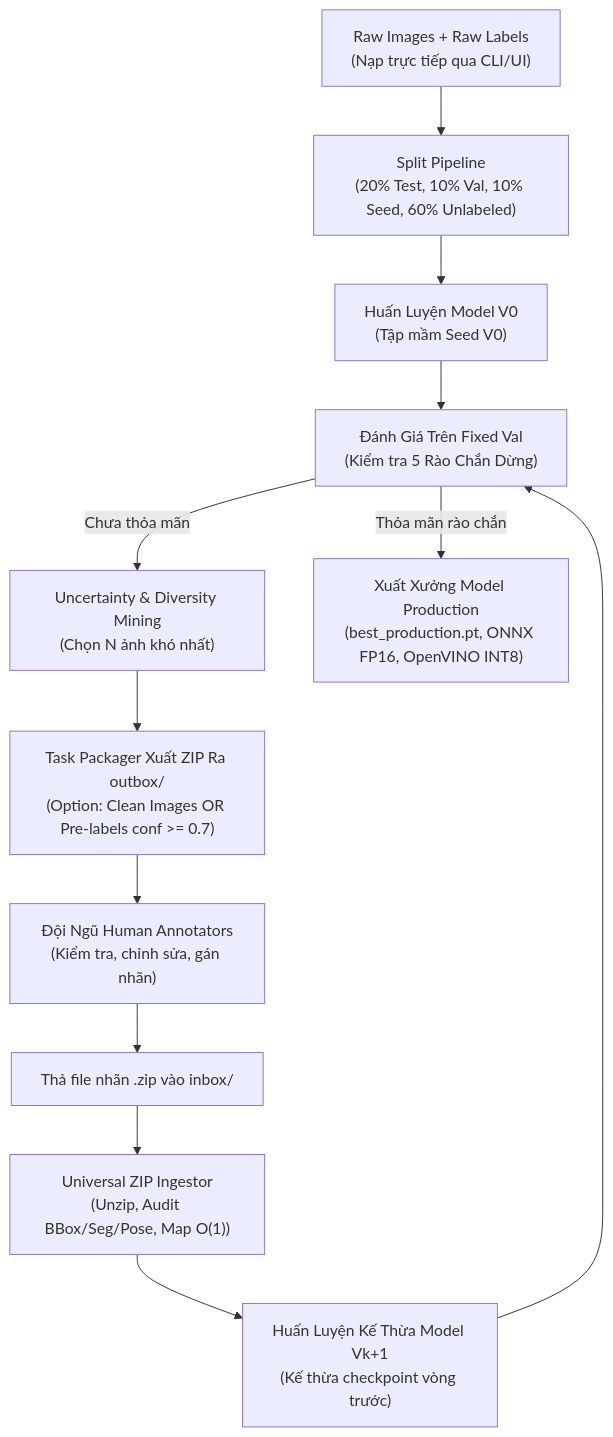
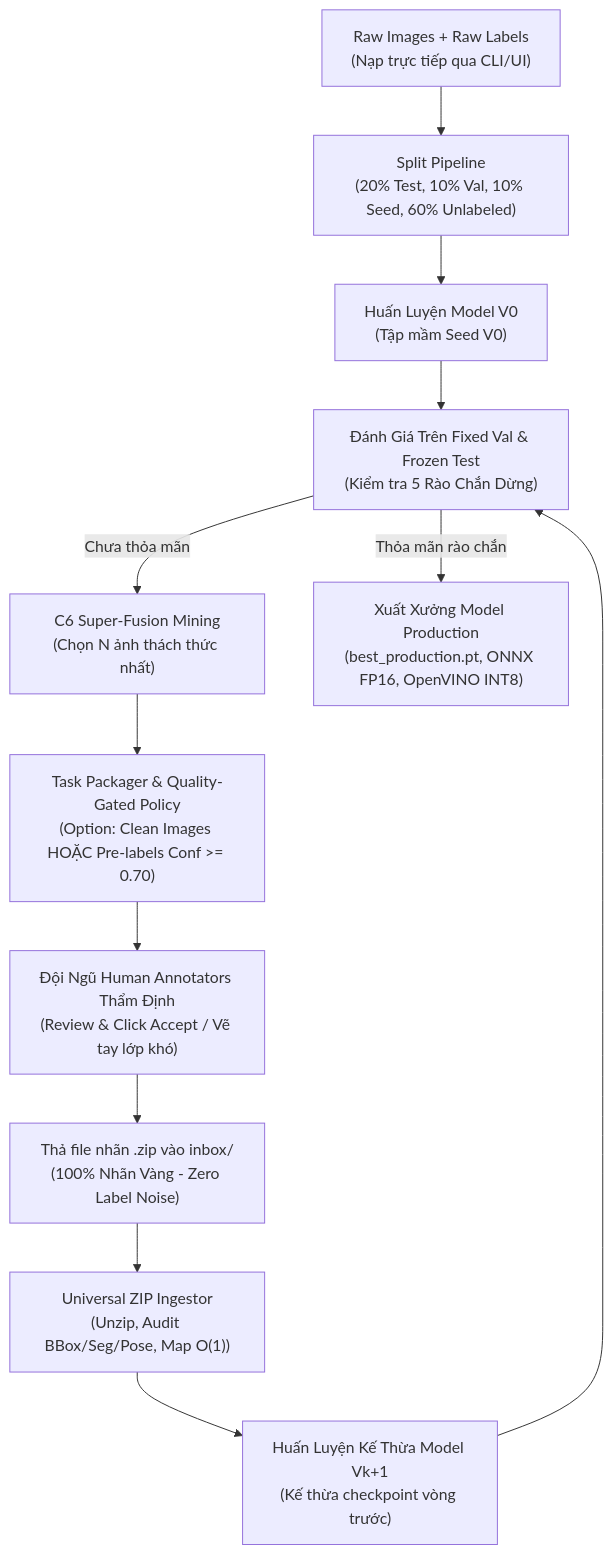
The diagram in notebooks/09_production_hitl_pipeline/README.md (nguyenhuynhdt37/autonomous-driving-active-learning-lab), drawn with Mermaid before and after one commit. The commit also changed 8 other files, not shown here.

Commit message:
docs: synchronize continuous active loop diagrams and quality-gated hitl policy across all markdown files

````diff
--- a/notebooks/09_production_hitl_pipeline/README.md
+++ b/notebooks/09_production_hitl_pipeline/README.md
@@ -122,14 +122,14 @@
 ```mermaid
 flowchart TD
     A["Raw Images + Raw Labels<br/>(Nạp trực tiếp qua CLI/UI)"] --> B["Split Pipeline<br/>(20% Test, 10% Val, 10% Seed, 60% Unlabeled)"]
     B --> C["Huấn Luyện Model V0<br/>(Tập mầm Seed V0)"]
-    C --> D["Đánh Giá Trên Fixed Val<br/>(Kiểm tra 5 Rào Chắn Dừng)"]
-    D -->|Chưa thỏa mãn| E["Uncertainty & Diversity Mining<br/>(Chọn N ảnh khó nhất)"]
-    E --> F["Task Packager Xuất ZIP Ra outbox/<br/>(Option: Clean Images OR Pre-labels conf >= 0.7)"]
-    F --> G["Đội Ngũ Human Annotators<br/>(Kiểm tra, chỉnh sửa, gán nhãn)"]
-    G --> H["Thả file nhãn .zip vào inbox/"]
+    C --> D["Đánh Giá Trên Fixed Val & Frozen Test<br/>(Kiểm tra 5 Rào Chắn Dừng)"]
+    D -->|Chưa thỏa mãn| E["C6 Super-Fusion Mining<br/>(Chọn N ảnh thách thức nhất)"]
+    E --> F["Task Packager & Quality-Gated Policy<br/>(Option: Clean Images HOẶC Pre-labels Conf >= 0.70)"]
+    F --> G["Đội Ngũ Human Annotators Thẩm Định<br/>(Review & Click Accept / Vẽ tay lớp khó)"]
+    G --> H["Thả file nhãn .zip vào inbox/<br/>(100% Nhãn Vàng - Zero Label Noise)"]
     H --> I["Universal ZIP Ingestor<br/>(Unzip, Audit BBox/Seg/Pose, Map O(1))"]
     I --> J["Huấn Luyện Kế Thừa Model Vk+1<br/>(Kế thừa checkpoint vòng trước)"]
     J --> D
     D -->|Thỏa mãn rào chắn| K["Xuất Xưởng Model Production<br/>(best_production.pt, ONNX FP16, OpenVINO INT8)"]
 ```
````
